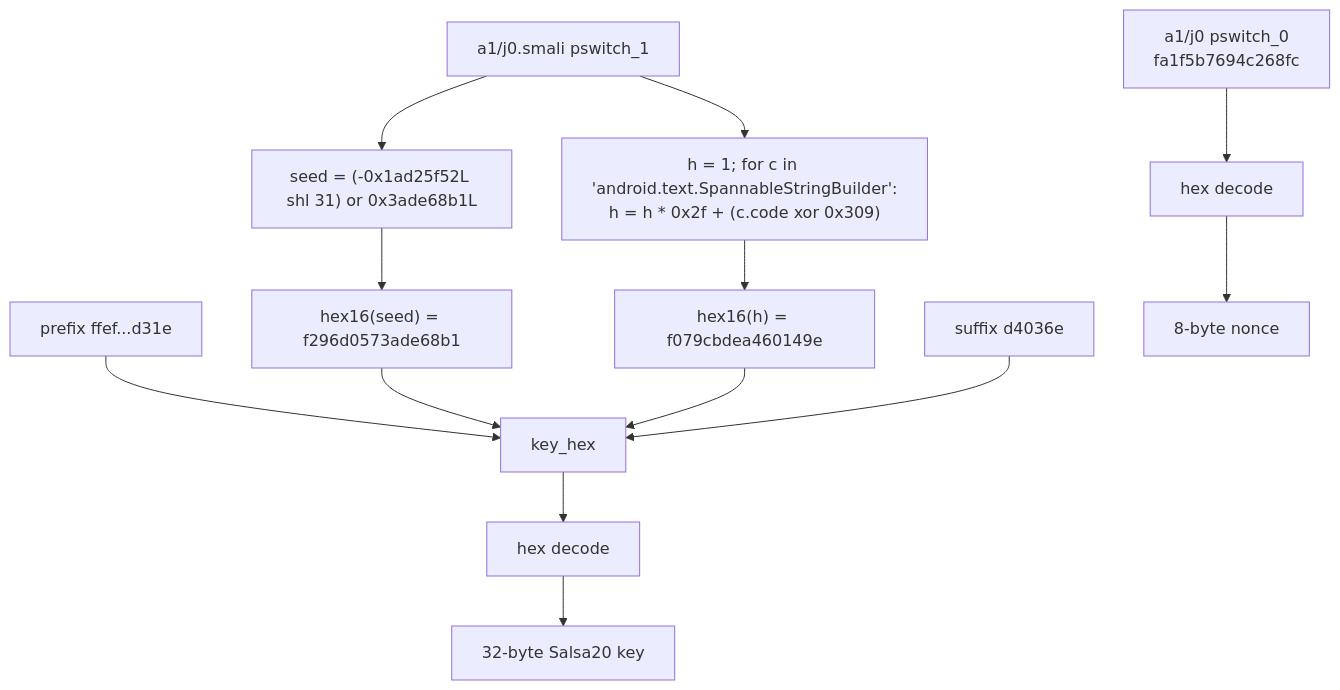
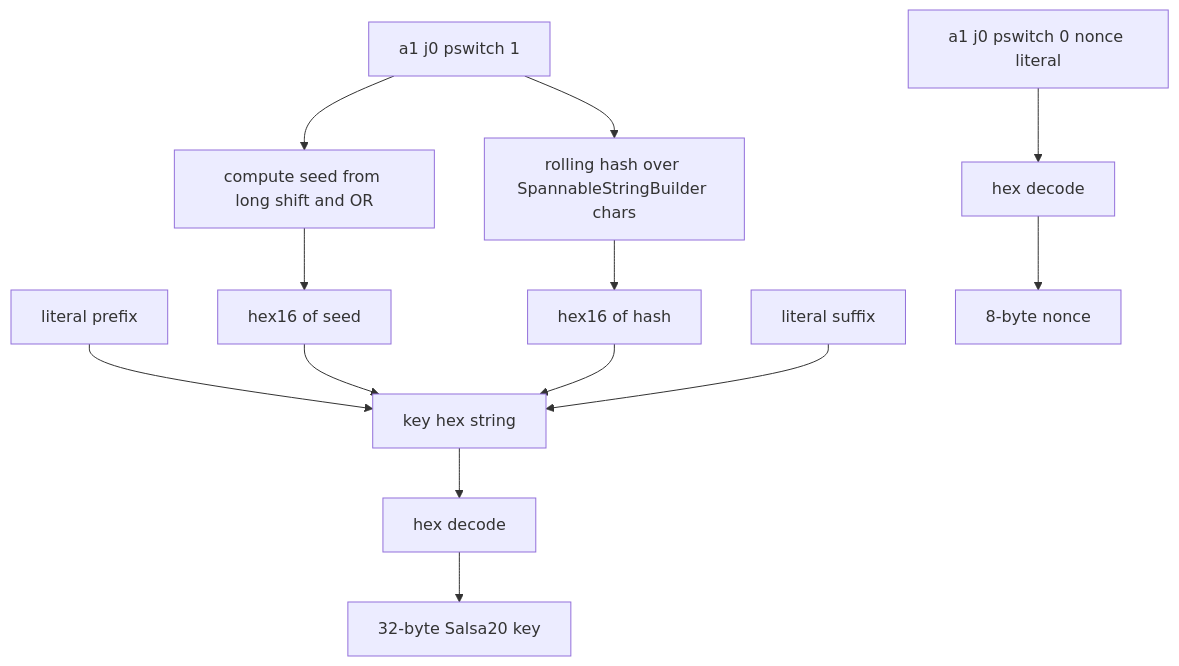
One commit to kadekutama/kbbi changed the diagram in docs/diagrams/02-key-derivation.mmd. Above: the diagram before and after it, drawn with Mermaid. The commit also changed 13 other files, not shown here.

Commit message:
docs: public-release pass (MIT license, README, diagrams, extraction guide)

```diff
--- a/docs/diagrams/02-key-derivation.mmd
+++ b/docs/diagrams/02-key-derivation.mmd
@@ -1,13 +1,13 @@
 flowchart TD
-    A["a1/j0.smali pswitch_1"] --> B["seed = (-0x1ad25f52L shl 31) or 0x3ade68b1L"]
-    A --> C["h = 1; for c in 'android.text.SpannableStringBuilder':<br/>h = h * 0x2f + (c.code xor 0x309)"]
-    B --> D["hex16(seed) = f296d0573ade68b1"]
-    C --> E["hex16(h) = f079cbdea460149e"]
-    P["prefix ffef...d31e"] --> F["key_hex"]
+    A["a1 j0 pswitch 1"] --> B["compute seed from long shift and OR"]
+    A --> C["rolling hash over SpannableStringBuilder chars"]
+    B --> D["hex16 of seed"]
+    C --> E["hex16 of hash"]
+    P["literal prefix"] --> F["key hex string"]
     D --> F
     E --> F
-    S["suffix d4036e"] --> F
+    S["literal suffix"] --> F
     F --> G["hex decode"]
     G --> H["32-byte Salsa20 key"]
-    N["a1/j0 pswitch_0<br/>fa1f5b7694c268fc"] --> I["hex decode"]
+    N["a1 j0 pswitch 0 nonce literal"] --> I["hex decode"]
     I --> J["8-byte nonce"]
```
